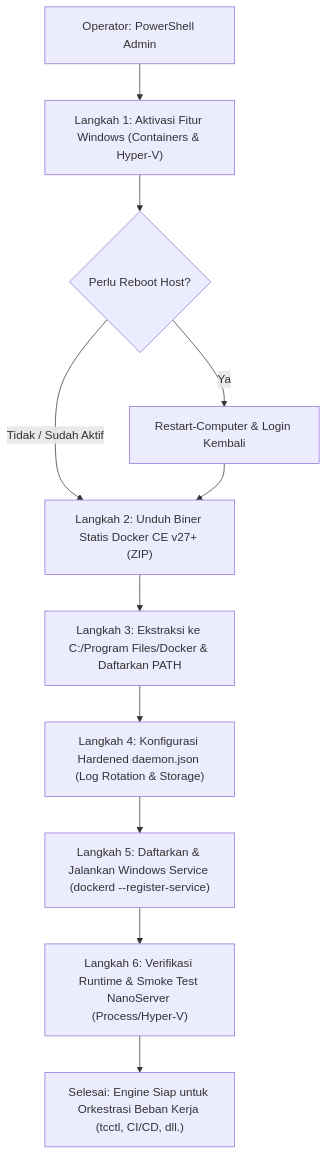
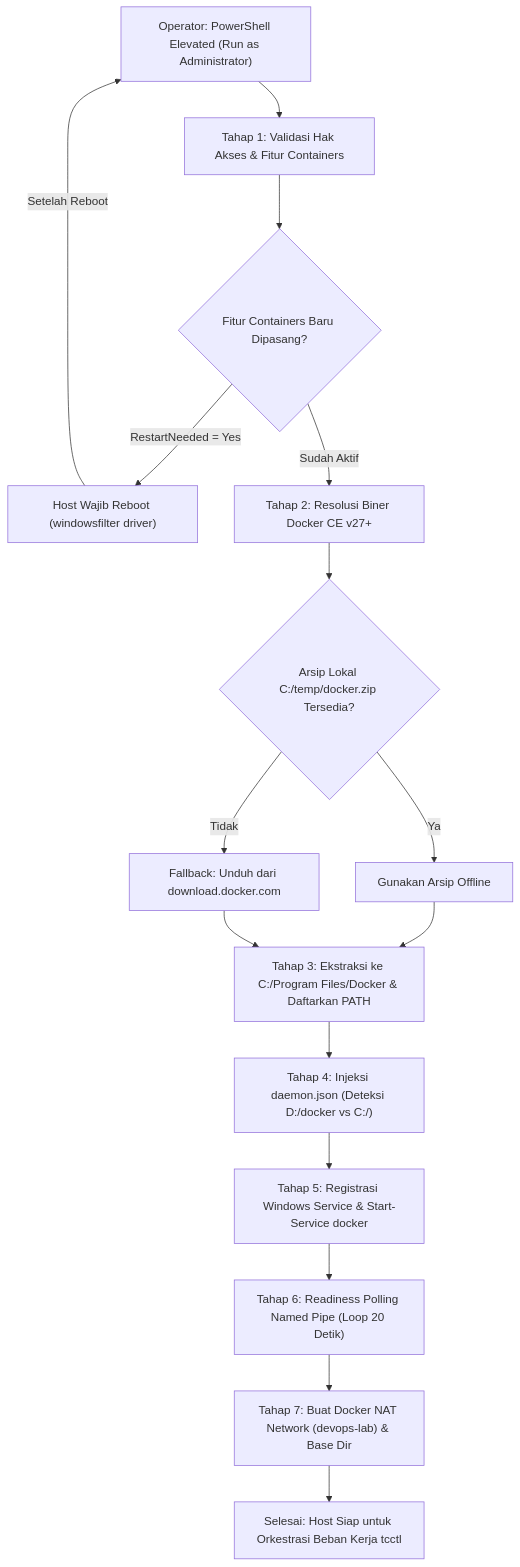
The diagram in content/how-to/install-docker-engine-windows-containers.md (edkas07-oss/personal-site), drawn with Mermaid before and after one commit. The commit also changed other lines of this file, not shown here.

Commit message:
docs(how-to): align Docker CE installation guide with day1_bootstrap.ps1 architecture

```diff
--- a/content/how-to/install-docker-engine-windows-containers.md
+++ b/content/how-to/install-docker-engine-windows-containers.md
@@ -37,13 +37,18 @@
 {{< mermaid >}}
 flowchart TD
-    A["Operator: PowerShell Admin"] --> B["Langkah 1: Aktivasi Fitur Windows (Containers & Hyper-V)"]
-    B --> C{"Perlu Reboot Host?"}
-    C -->|Ya| D["Restart-Computer & Login Kembali"]
-    C -->|Tidak / Sudah Aktif| E["Langkah 2: Unduh Biner Statis Docker CE v27+ (ZIP)"]
-    D --> E
-    E --> F["Langkah 3: Ekstraksi ke C:/Program Files/Docker & Daftarkan PATH"]
-    F --> G["Langkah 4: Konfigurasi Hardened daemon.json (Log Rotation & Storage)"]
-    G --> H["Langkah 5: Daftarkan & Jalankan Windows Service (dockerd --register-service)"]
-    H --> I["Langkah 6: Verifikasi Runtime & Smoke Test NanoServer (Process/Hyper-V)"]
-    I --> J["Selesai: Engine Siap untuk Orkestrasi Beban Kerja (tcctl, CI/CD, dll.)"]
+    A["Operator: PowerShell Elevated (Run as Administrator)"] --> B["Tahap 1: Validasi Hak Akses & Fitur Containers"]
+    B --> C{"Fitur Containers Baru Dipasang?"}
+    C -->|RestartNeeded = Yes| D["Host Wajib Reboot (windowsfilter driver)"]
+    D -->|Setelah Reboot| A
+    C -->|Sudah Aktif| E["Tahap 2: Resolusi Biner Docker CE v27+"]
+    E --> F{"Arsip Lokal C:/temp/docker.zip Tersedia?"}
+    F -->|Ya| G["Gunakan Arsip Offline"]
+    F -->|Tidak| H["Fallback: Unduh dari download.docker.com"]
+    G --> I["Tahap 3: Ekstraksi ke C:/Program Files/Docker & Daftarkan PATH"]
+    H --> I
+    I --> J["Tahap 4: Injeksi daemon.json (Deteksi D:/docker vs C:/)"]
+    J --> K["Tahap 5: Registrasi Windows Service & Start-Service docker"]
+    K --> L["Tahap 6: Readiness Polling Named Pipe (Loop 20 Detik)"]
+    L --> M["Tahap 7: Buat Docker NAT Network (devops-lab) & Base Dir"]
+    M --> N["Selesai: Host Siap untuk Orkestrasi Beban Kerja tcctl"]
 {{< /mermaid >}}
```
